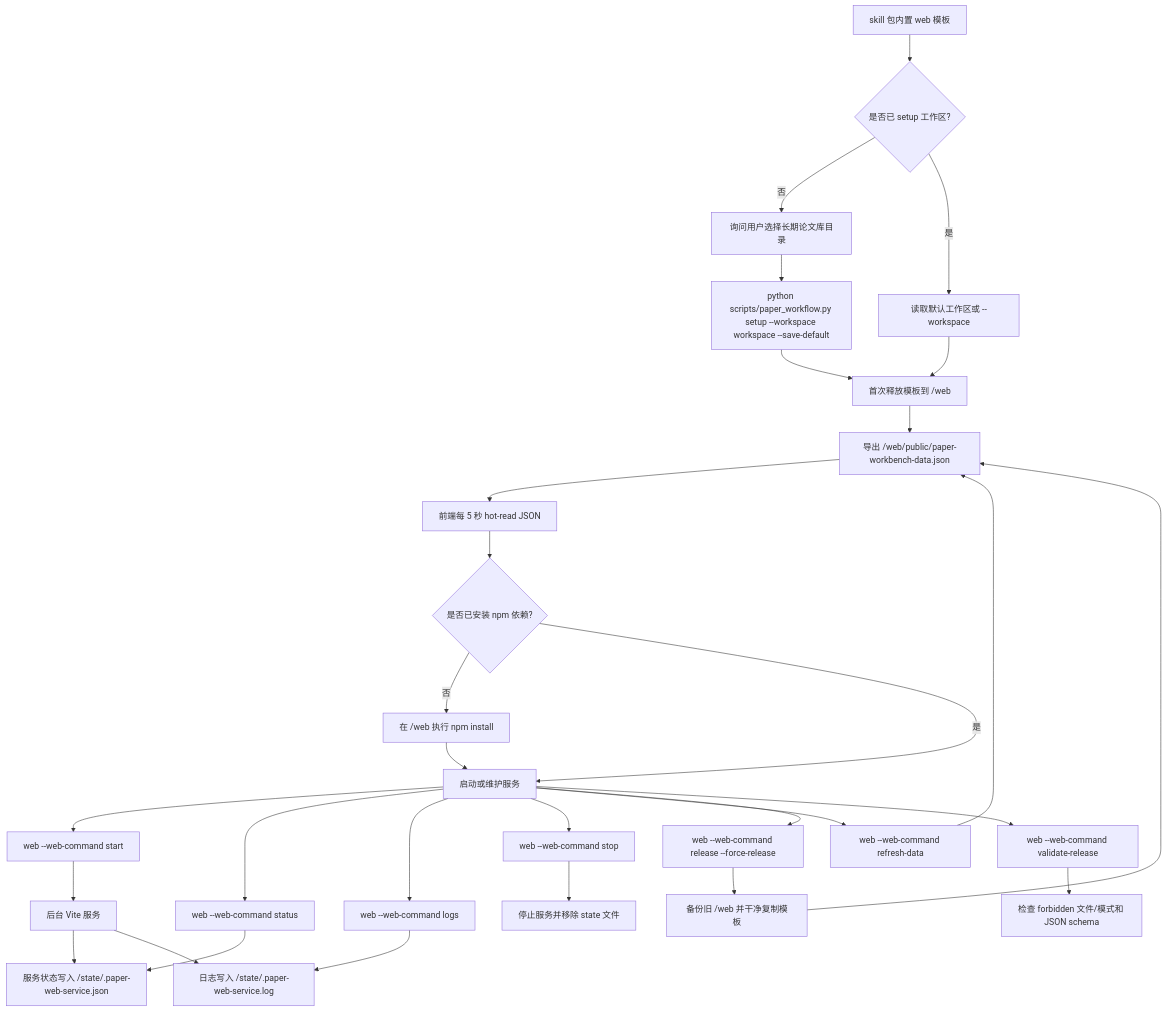
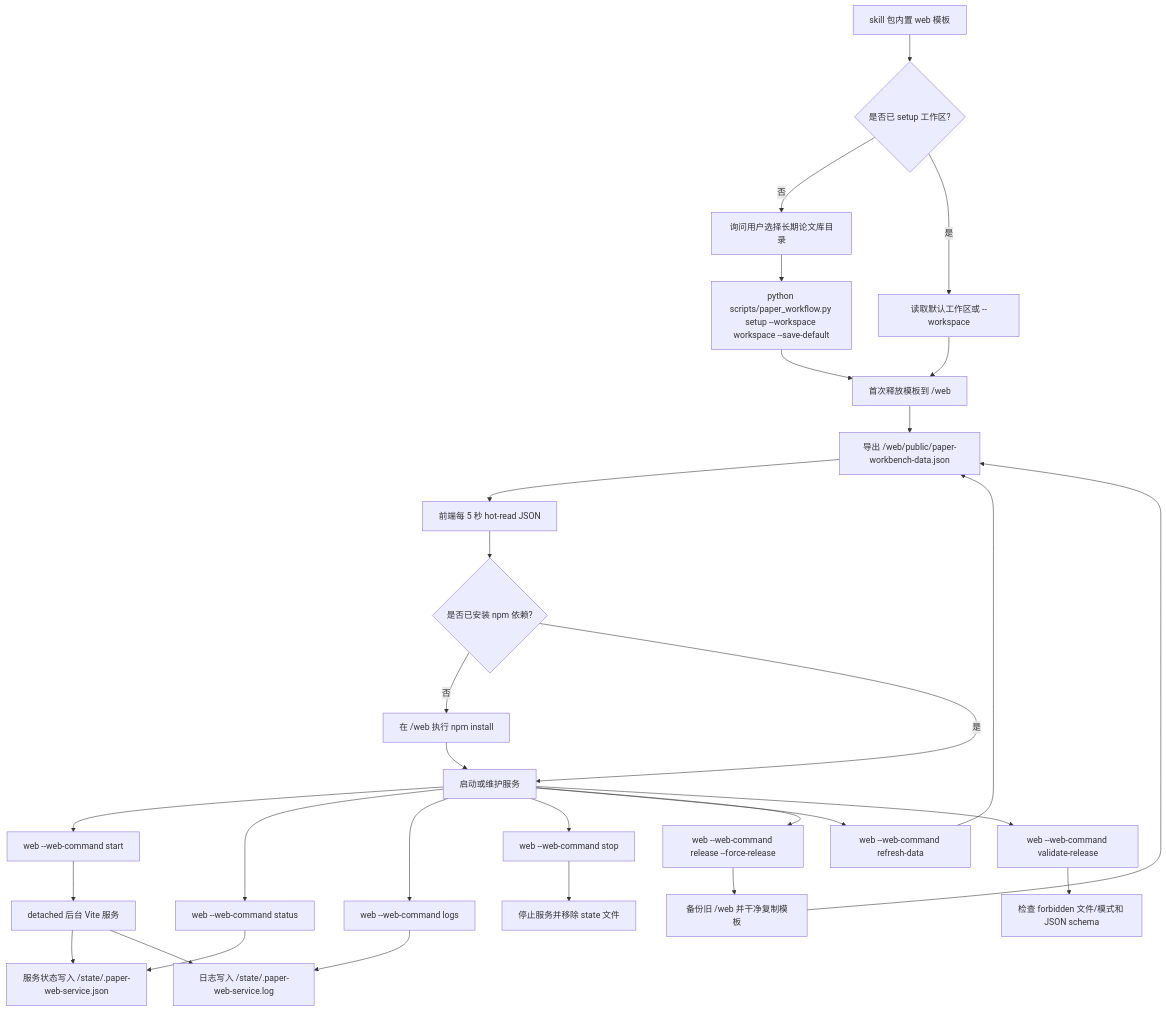
The second of 7 diagrams in docs/论文研究技能可视化工作流.md (swordfate3/papers_skills), drawn with Mermaid before and after one commit. The commit also changed other lines of this file and 3 other files, not shown here.

````diff
--- a/docs/论文研究技能可视化工作流.md
+++ b/docs/论文研究技能可视化工作流.md
@@ -90,35 +90,35 @@
 ```mermaid
 flowchart TD
     A[skill 包内置 web 模板] --> B{是否已 setup 工作区?}
     B -->|否| C[询问用户选择长期论文库目录]
     C --> D[python scripts/paper_workflow.py setup --workspace workspace --save-default]
     B -->|是| E[读取默认工作区或 --workspace]
     D --> F[首次释放模板到 <workspace>/web]
     E --> F
     F --> F1[导出 <workspace>/web/public/paper-workbench-data.json]
     F1 --> F2[前端每 5 秒 hot-read JSON]
 
     F2 --> G{是否已安装 npm 依赖?}
     G -->|否| H[在 <workspace>/web 执行 npm install]
     G -->|是| I[启动或维护服务]
     H --> I
 
     I --> J[web --web-command start]
     I --> K[web --web-command status]
     I --> L[web --web-command logs]
     I --> M[web --web-command stop]
     I --> R[web --web-command refresh-data]
     I --> S[web --web-command release --force-release]
     I --> T[web --web-command validate-release]
 
-    J --> N[后台 Vite 服务]
+    J --> N[detached 后台 Vite 服务]
     N --> O[服务状态写入 <workspace>/state/.paper-web-service.json]
     N --> P[日志写入 <workspace>/state/.paper-web-service.log]
     K --> O
     L --> P
     M --> Q[停止服务并移除 state 文件]
     R --> F1
     S --> SB[备份旧 <workspace>/web 并干净复制模板]
     SB --> F1
     T --> TD[检查 forbidden 文件/模式和 JSON schema]
 ```
````
